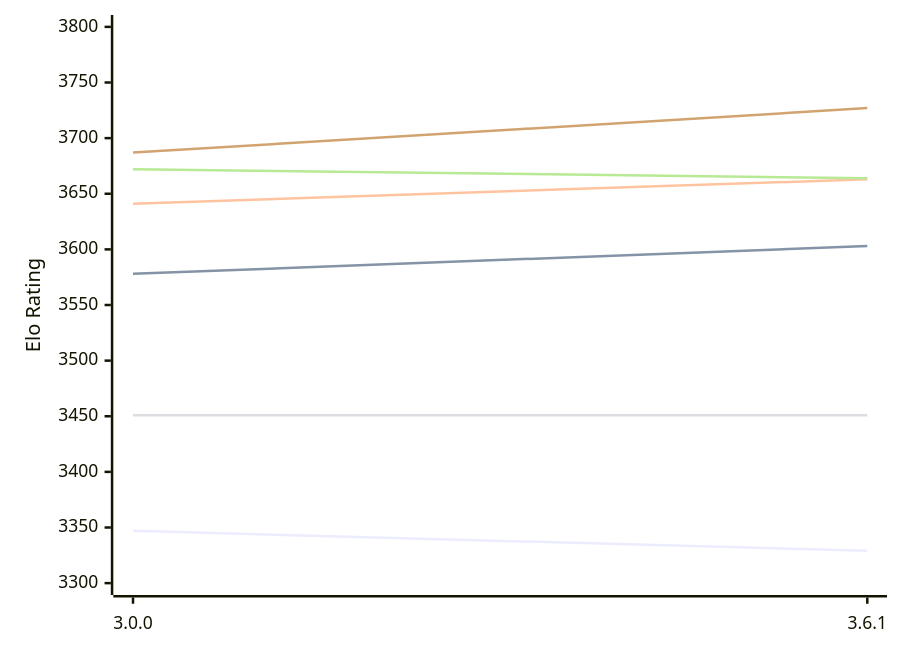
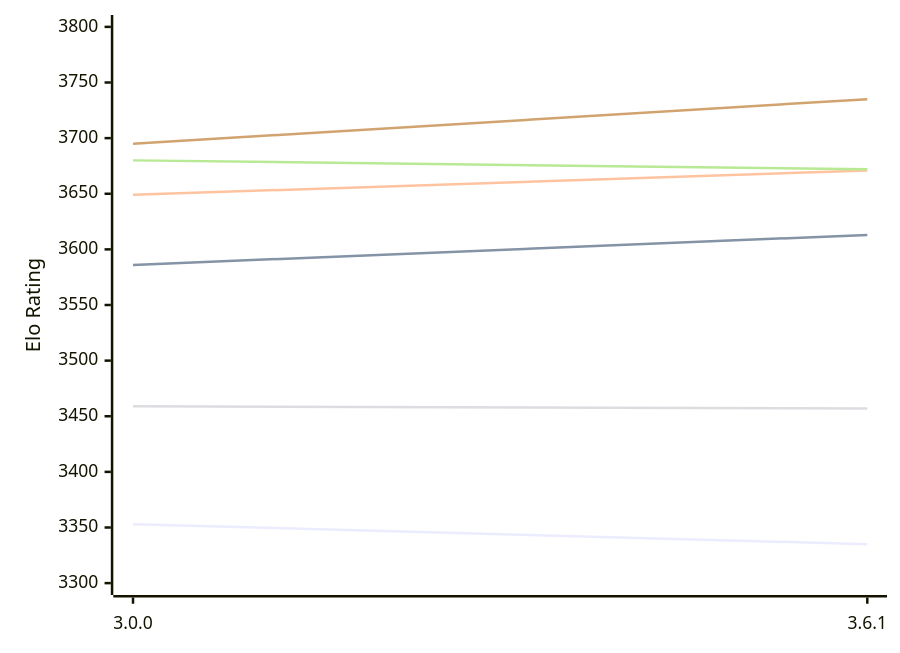
One commit to computer-chess-index/cci changed the diagram in engines/Peras.md. Above: the diagram before and after it, drawn with Mermaid. The commit also changed other lines of this file, not shown here.

Commit message:
Update CCI Ratings (ELO VLTC) - 2026-11-03

````diff
--- a/engines/Peras.md
+++ b/engines/Peras.md
@@ -49,12 +49,12 @@
 ```mermaid
 %%{init: {"theme":"base","themeVariables":{"seriesColors:['#a3a3a3','#222221','#faa371']}}}%%
 xychart-beta
   x-axis ["3.0.0", "3.6.1"]
   y-axis "Elo Rating" 3300 --> 3800
-  line "E1: STC (8.0+0.08s)" [3347, 3329]
-  line "E1: LTC (60.0+0.60s)" [3578, 3603]
-  line "E1: VLTC (2m24s+1.12s)" [3641, 3663]
-  line "P1: STC (8.0+0.08s)" [3451, 3451]
-  line "P1: LTC (60.0+0.60s)" [3672, 3664]
-  line "P1: VLTC (2m24s+1.12s)" [3687, 3727]
+  line "E1: STC (8.0+0.08s)" [3353, 3335]
+  line "E1: LTC (60.0+0.60s)" [3586, 3613]
+  line "E1: VLTC (2m24s+1.12s)" [3649, 3671]
+  line "P1: STC (8.0+0.08s)" [3459, 3457]
+  line "P1: LTC (60.0+0.60s)" [3680, 3672]
+  line "P1: VLTC (2m24s+1.12s)" [3695, 3735]
 ```
````
